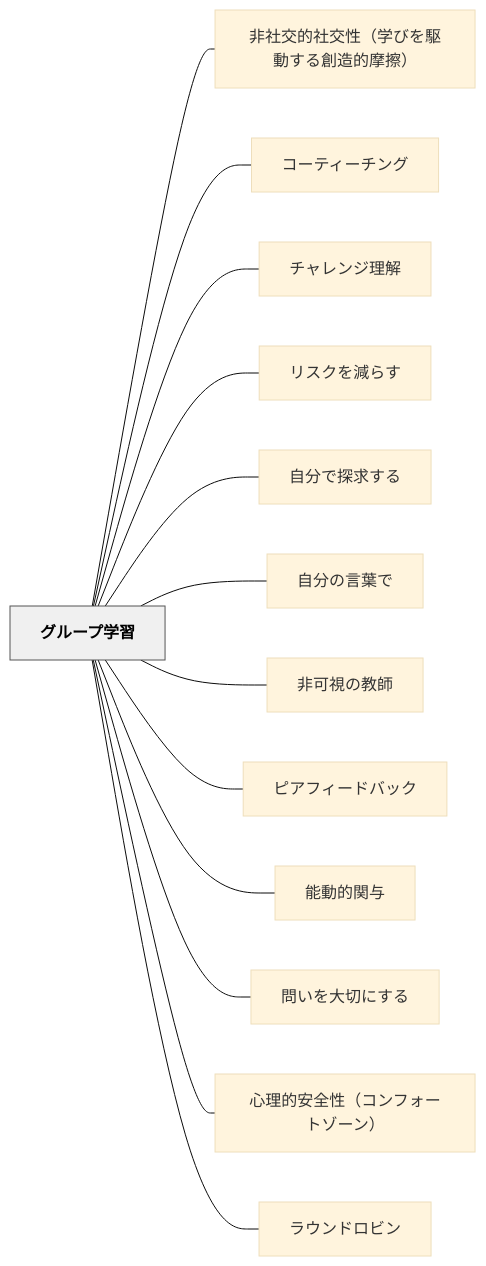
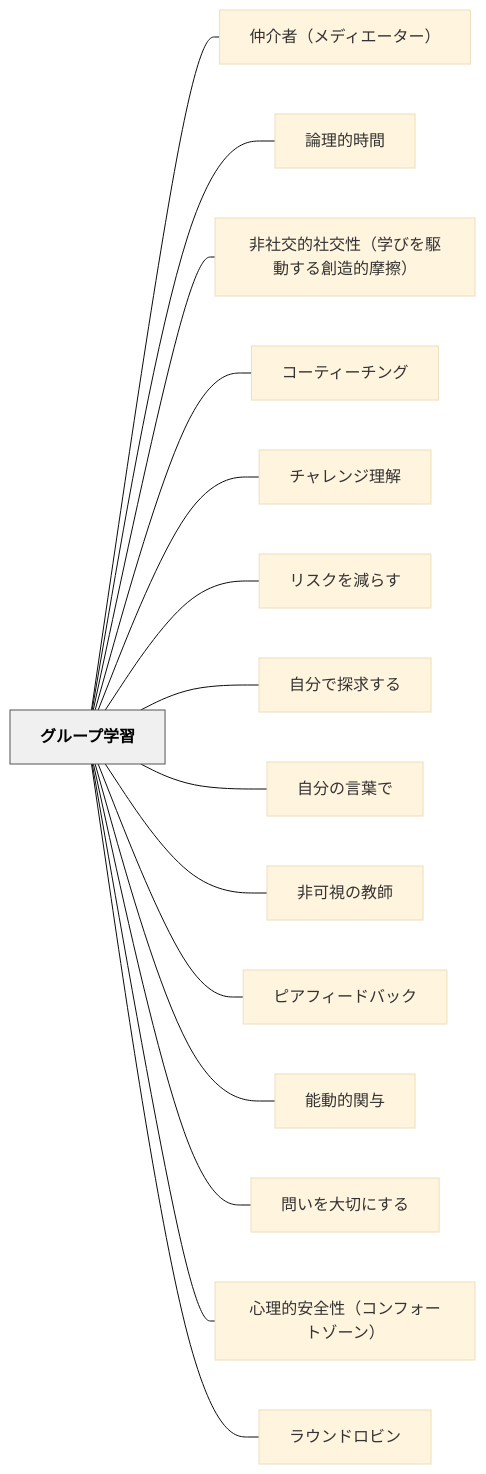
Before and after one commit to unknownthings-ed-patterns/unknownthings-ed-patterns: the diagram in content/パタン/グループ学習.md, drawn with Mermaid (base theme). The commit also changed other lines of this file and 185 other files, not shown here.

````diff
--- a/content/パタン/グループ学習.md
+++ b/content/パタン/グループ学習.md
@@ -93,32 +95,36 @@
 ```mermaid
 flowchart LR
     ne382b0e383abe383bce38397e5ada6e7bf92["グループ学習"]
+    ne4bbb2e4bb8be88085efbc88e383a1e38387e382a3e382a8e383bce382bfe383bcefbc89["仲介者（メディエーター）"]
+    ne8ab96e79086e79a84e69982e99693["論理的時間"]
     ne99d9ee7a4bee4baa4e79a84e7a4bee4baa4e680a7efbc88e5ada6e381b3e38292e9a786e58b95e38199e3828be589b5e980a0e79a84e691a9e693a6efbc89["非社交的社交性（学びを駆動する創造的摩擦）"]
     ne382b3e383bce38386e382a3e383bce38381e383b3e382b0["コーティーチング"]
     ne38381e383a3e383ace383b3e382b8e79086e8a7a3["チャレンジ理解"]
     ne383aae382b9e382afe38292e6b89be38289e38199["リスクを減らす"]
     ne887aae58886e381a7e68ea2e6b182e38199e3828b["自分で探求する"]
     ne887aae58886e381aee8a880e89189e381a7["自分の言葉で"]
     ne99d9ee58fafe8a696e381aee69599e5b8ab["非可視の教師"]
     ne38394e382a2e38395e382a3e383bce38389e38390e38383e382af["ピアフィードバック"]
     ne883bde58b95e79a84e996a2e4b88e["能動的関与"]
     ne5958fe38184e38292e5a4a7e58887e381abe38199e3828b["問いを大切にする"]
     ne5bf83e79086e79a84e5ae89e585a8e680a7efbc88e382b3e383b3e38395e382a9e383bce38388e382bee383bce383b3efbc89["心理的安全性（コンフォートゾーン）"]
     ne383a9e382a6e383b3e38389e383ade38393e383b3["ラウンドロビン"]
 
+    ne382b0e383abe383bce38397e5ada6e7bf92 --- ne4bbb2e4bb8be88085efbc88e383a1e38387e382a3e382a8e383bce382bfe383bcefbc89
+    ne382b0e383abe383bce38397e5ada6e7bf92 --- ne8ab96e79086e79a84e69982e99693
     ne382b0e383abe383bce38397e5ada6e7bf92 --- ne99d9ee7a4bee4baa4e79a84e7a4bee4baa4e680a7efbc88e5ada6e381b3e38292e9a786e58b95e38199e3828be589b5e980a0e79a84e691a9e693a6efbc89
     ne382b0e383abe383bce38397e5ada6e7bf92 --- ne382b3e383bce38386e382a3e383bce38381e383b3e382b0
     ne382b0e383abe383bce38397e5ada6e7bf92 --- ne38381e383a3e383ace383b3e382b8e79086e8a7a3
     ne382b0e383abe383bce38397e5ada6e7bf92 --- ne383aae382b9e382afe38292e6b89be38289e38199
     ne382b0e383abe383bce38397e5ada6e7bf92 --- ne887aae58886e381a7e68ea2e6b182e38199e3828b
     ne382b0e383abe383bce38397e5ada6e7bf92 --- ne887aae58886e381aee8a880e89189e381a7
     ne382b0e383abe383bce38397e5ada6e7bf92 --- ne99d9ee58fafe8a696e381aee69599e5b8ab
     ne382b0e383abe383bce38397e5ada6e7bf92 --- ne38394e382a2e38395e382a3e383bce38389e38390e38383e382af
     ne382b0e383abe383bce38397e5ada6e7bf92 --- ne883bde58b95e79a84e996a2e4b88e
     ne382b0e383abe383bce38397e5ada6e7bf92 --- ne5958fe38184e38292e5a4a7e58887e381abe38199e3828b
     ne382b0e383abe383bce38397e5ada6e7bf92 --- ne5bf83e79086e79a84e5ae89e585a8e680a7efbc88e382b3e383b3e38395e382a9e383bce38388e382bee383bce383b3efbc89
     ne382b0e383abe383bce38397e5ada6e7bf92 --- ne383a9e382a6e383b3e38389e383ade38393e383b3
 
     classDef hub fill:#f0f0f0,stroke:#555,color:#000,font-weight:bold
     class ne382b0e383abe383bce38397e5ada6e7bf92 hub
 ```
````
